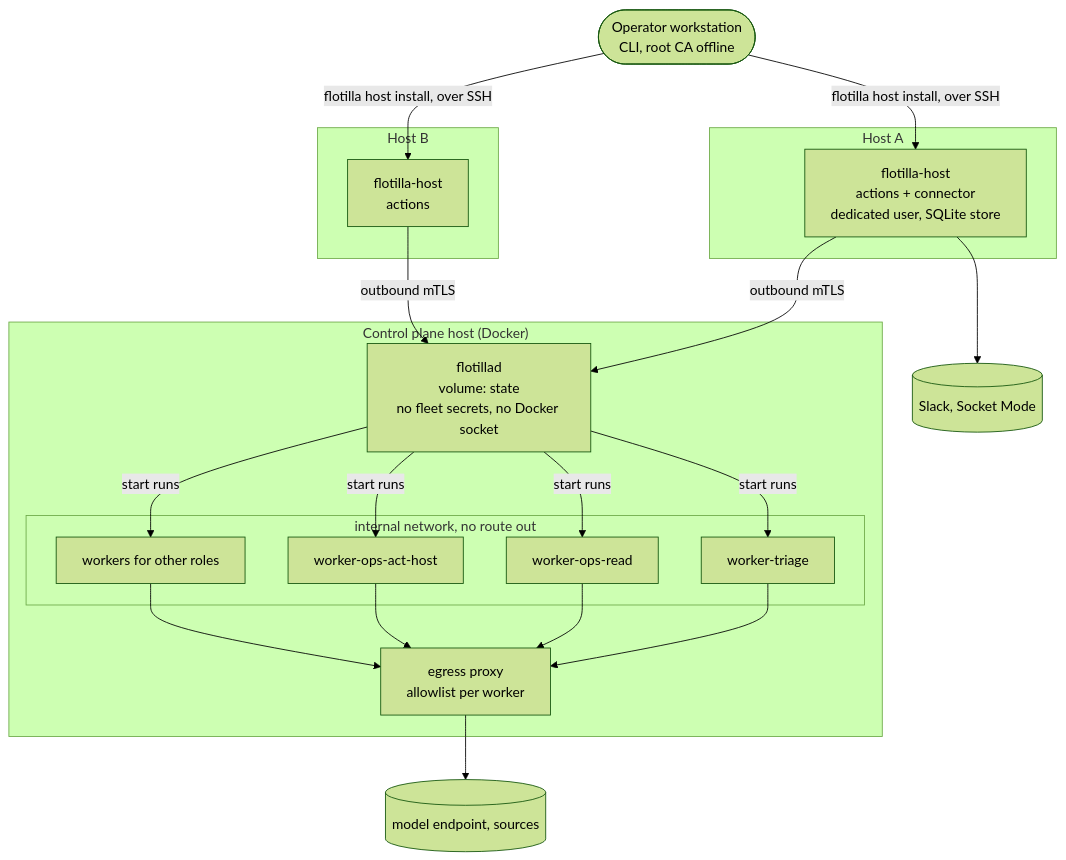
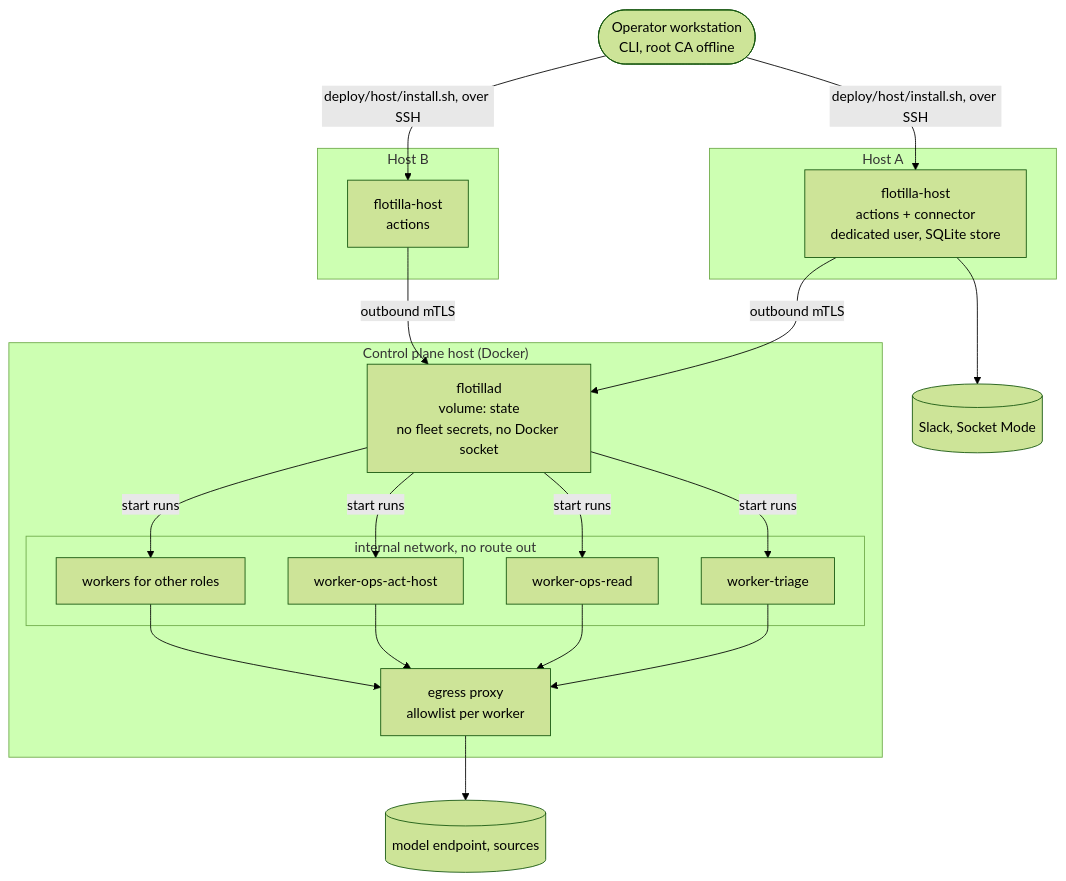
One commit to chipi/flotilla changed the diagram in docs/architecture/deployment.md. Above: the diagram before and after it, drawn with Mermaid (forest theme). The commit also changed other lines of this file and 22 other files, not shown here.

````diff
--- a/docs/architecture/deployment.md
+++ b/docs/architecture/deployment.md
@@ -14,26 +14,26 @@
 ```mermaid
 flowchart TB
     subgraph CPH["Control plane host (Docker)"]
         F[flotillad<br/>volume: state<br/>no fleet secrets, no Docker socket]
         subgraph Internal["internal network, no route out"]
             WT[worker-triage]
             WR[worker-ops-read]
             WA[worker-ops-act-host]
             WO[workers for other roles]
         end
         E[egress proxy<br/>allowlist per worker]
     end
     subgraph H1["Host A"]
         NA[flotilla-host<br/>actions + connector<br/>dedicated user, SQLite store]
     end
     subgraph H2["Host B"]
         NB[flotilla-host<br/>actions]
     end
     Op([Operator workstation<br/>CLI, root CA offline])
     F -- start runs --> WT & WR & WA & WO
     WT & WR & WA & WO --> E
     E --> Out[(model endpoint, sources)]
     NA & NB -- outbound mTLS --> F
-    Op -- flotilla host install, over SSH --> NA & NB
+    Op -- deploy/host/install.sh, over SSH --> NA & NB
     NA --> Slack[(Slack, Socket Mode)]
 ```
````
